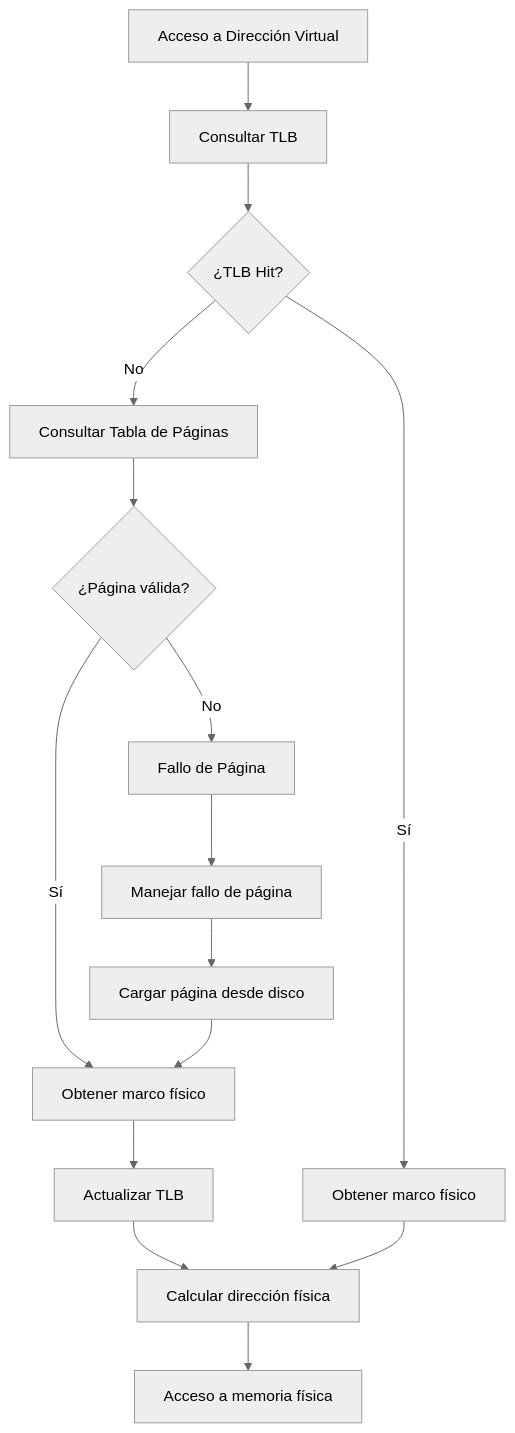
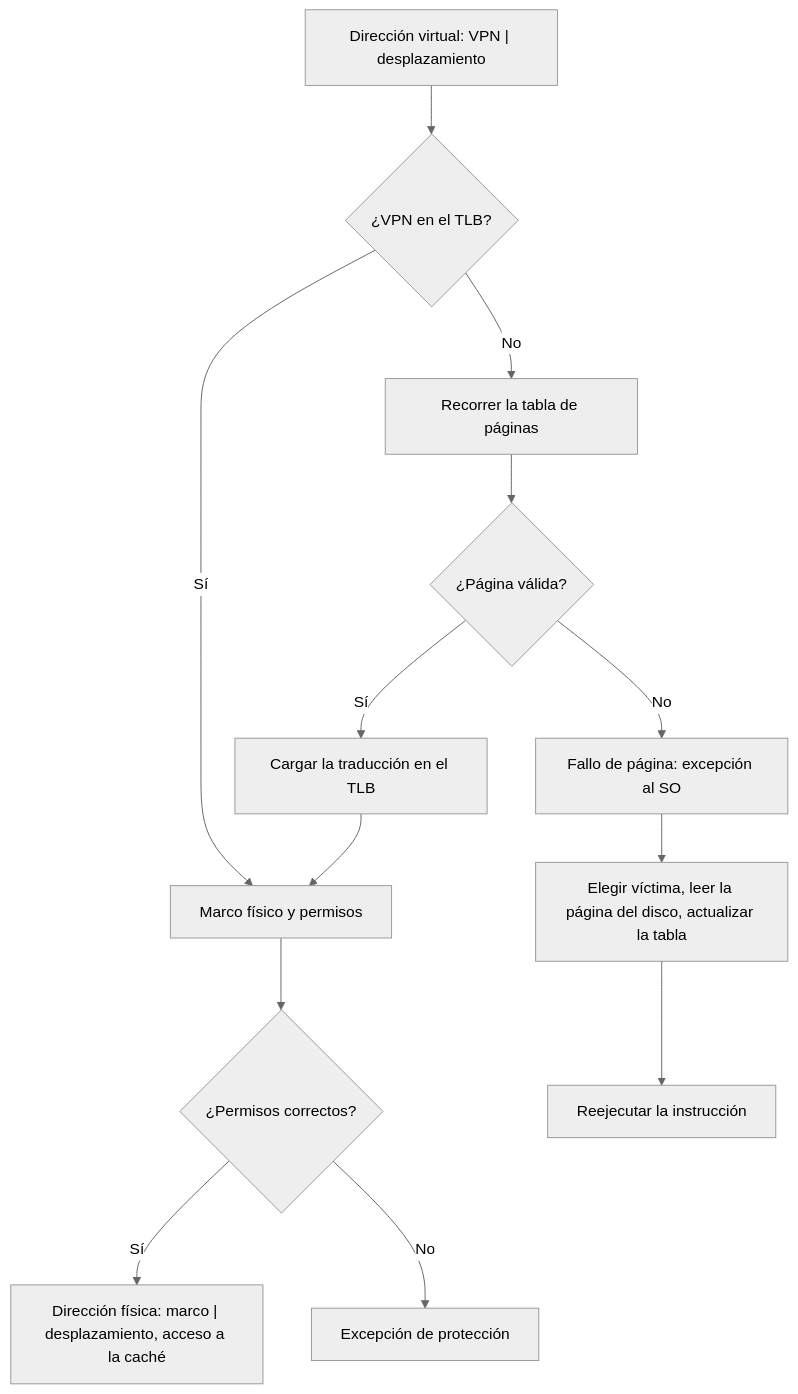
Before and after one commit to djaimej/computer-science-template: the diagram in public/documents/semester-4/4/4496.md, drawn with Mermaid (neutral theme). The commit also changed other lines of this file and 5 other files, not shown here.

````diff
--- a/public/documents/semester-4/4/4496.md
+++ b/public/documents/semester-4/4/4496.md
@@ -361,22 +37,15 @@
 ```mermaid
 flowchart TD
-    A[Acceso a Dirección Virtual] --> B[Consultar TLB]
-    B --> C{¿TLB Hit?}
-
-    C -->|Sí| D[Obtener marco físico]
-    C -->|No| E[Consultar Tabla de Páginas]
-
-    E --> F{¿Página válida?}
-    F -->|Sí| G[Obtener marco físico]
-    F -->|No| H[Fallo de Página]
-
-    G --> I[Actualizar TLB]
-    H --> J[Manejar fallo de página]
-    J --> K[Cargar página desde disco]
-    K --> G
-
-    I --> L[Calcular dirección física]
-    D --> L
-
-    L --> M[Acceso a memoria física]
+    A["Dirección virtual: VPN | desplazamiento"] --> B{"¿VPN en el TLB?"}
+    B -->|"Sí"| C["Marco físico y permisos"]
+    B -->|"No"| D["Recorrer la tabla de páginas"]
+    D --> E{"¿Página válida?"}
+    E -->|"Sí"| F["Cargar la traducción en el TLB"]
+    F --> C
+    E -->|"No"| G["Fallo de página: excepción al SO"]
+    G --> H["Elegir víctima, leer la página del disco, actualizar la tabla"]
+    H --> I["Reejecutar la instrucción"]
+    C --> J{"¿Permisos correctos?"}
+    J -->|"Sí"| K["Dirección física: marco | desplazamiento, acceso a la caché"]
+    J -->|"No"| L["Excepción de protección"]
 ```
````
